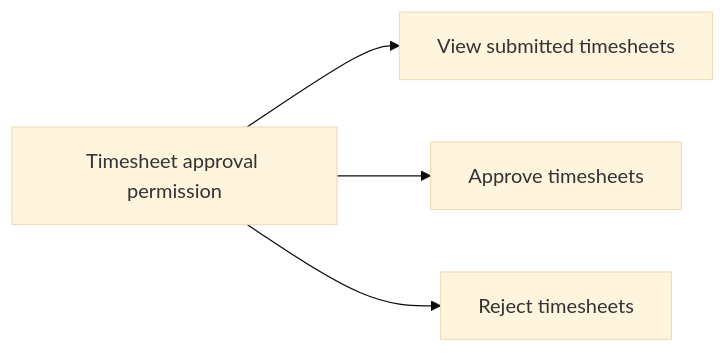
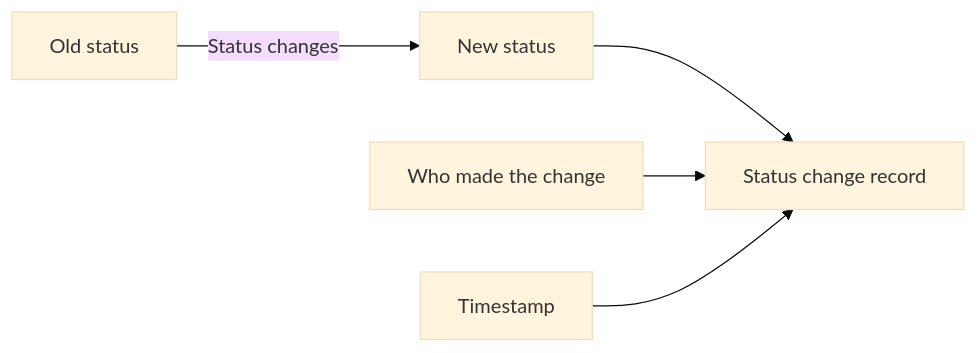
One commit to wrtnlabs/autobe-examples changed diagram 13 of 24 in openai/gpt-5.4-mini/erp/docs/analysis/04-business-rules.md. Above: the diagram before and after it, drawn with Mermaid (base theme). The commit also changed other lines of this file and 9017 other files, not shown here.

````diff
--- a/openai/gpt-5.4-mini/erp/docs/analysis/04-business-rules.md
+++ b/openai/gpt-5.4-mini/erp/docs/analysis/04-business-rules.md
@@ -421,6 +760,7 @@
 ```mermaid
 flowchart LR
-    A["Timesheet approval permission"] --> B["View submitted timesheets"]
-    A --> C["Approve timesheets"]
-    A --> D["Reject timesheets"]
+    A["Old status"] -->|"Status changes"| B["New status"]
+    B --> C["Status change record"]
+    D["Who made the change"] --> C
+    E["Timestamp"] --> C
 ```
````
